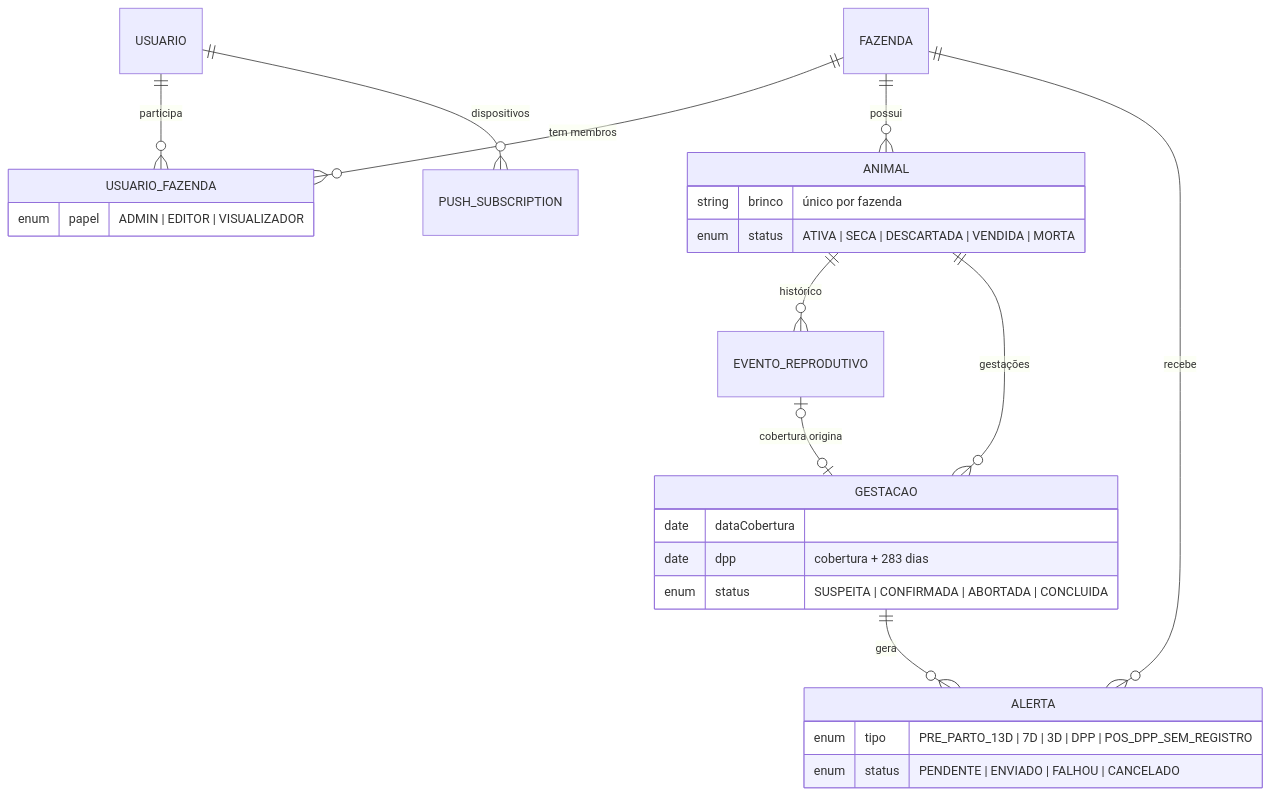
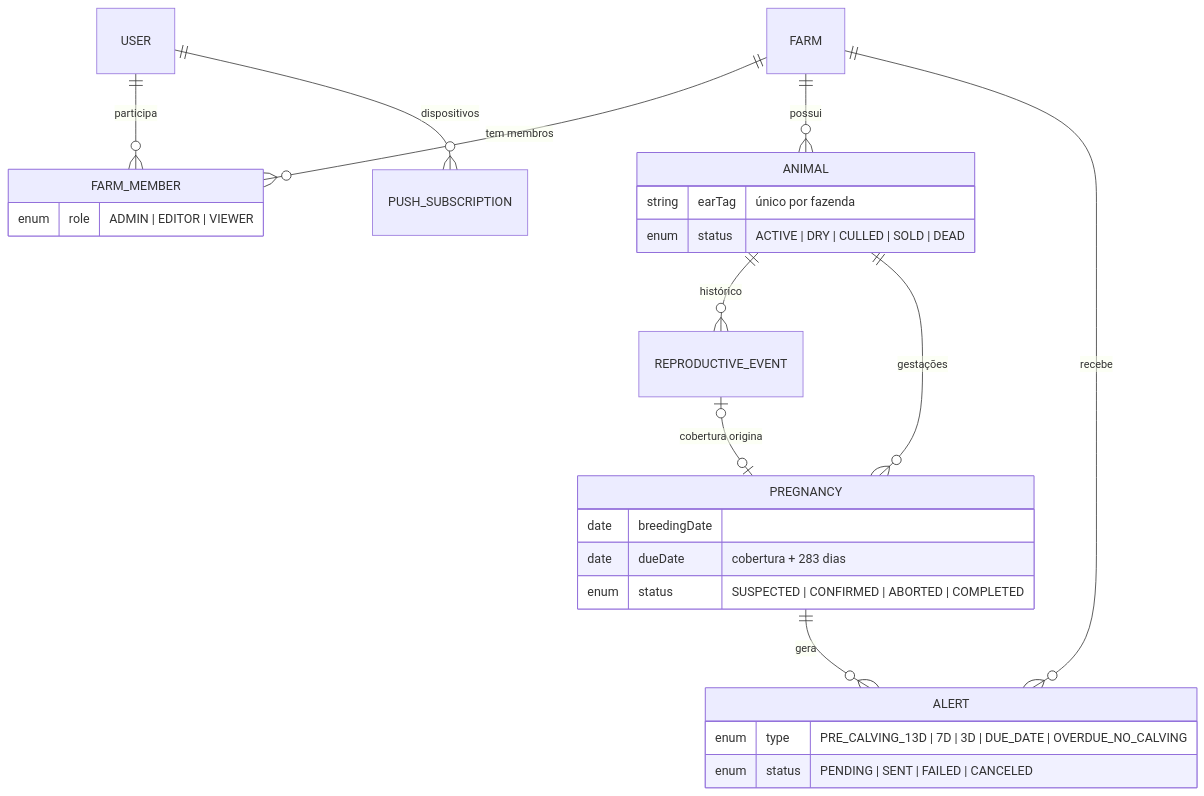
The second of 3 diagrams in README.md (paulohrodrigues/cria-viva), drawn with Mermaid before and after one commit. The commit also changed other lines of this file and 114 other files, not shown here.

First line of the commit message:
refactor!: codebase 100% em inglês — schema, rotas, DTOs, comentários e front

````diff
--- a/README.md
+++ b/README.md
@@ -80,29 +80,29 @@
 ```mermaid
 erDiagram
-    USUARIO ||--o{ USUARIO_FAZENDA : "participa"
-    FAZENDA ||--o{ USUARIO_FAZENDA : "tem membros"
-    FAZENDA ||--o{ ANIMAL : "possui"
-    ANIMAL ||--o{ EVENTO_REPRODUTIVO : "histórico"
-    ANIMAL ||--o{ GESTACAO : "gestações"
-    EVENTO_REPRODUTIVO |o--o| GESTACAO : "cobertura origina"
-    GESTACAO ||--o{ ALERTA : "gera"
-    FAZENDA ||--o{ ALERTA : "recebe"
-    USUARIO ||--o{ PUSH_SUBSCRIPTION : "dispositivos"
+    USER ||--o{ FARM_MEMBER : "participa"
+    FARM ||--o{ FARM_MEMBER : "tem membros"
+    FARM ||--o{ ANIMAL : "possui"
+    ANIMAL ||--o{ REPRODUCTIVE_EVENT : "histórico"
+    ANIMAL ||--o{ PREGNANCY : "gestações"
+    REPRODUCTIVE_EVENT |o--o| PREGNANCY : "cobertura origina"
+    PREGNANCY ||--o{ ALERT : "gera"
+    FARM ||--o{ ALERT : "recebe"
+    USER ||--o{ PUSH_SUBSCRIPTION : "dispositivos"
 
-    USUARIO_FAZENDA {
-        enum papel "ADMIN | EDITOR | VISUALIZADOR"
+    FARM_MEMBER {
+        enum role "ADMIN | EDITOR | VIEWER"
     }
     ANIMAL {
-        string brinco "único por fazenda"
-        enum status "ATIVA | SECA | DESCARTADA | VENDIDA | MORTA"
+        string earTag "único por fazenda"
+        enum status "ACTIVE | DRY | CULLED | SOLD | DEAD"
     }
-    GESTACAO {
-        date dataCobertura
-        date dpp "cobertura + 283 dias"
-        enum status "SUSPEITA | CONFIRMADA | ABORTADA | CONCLUIDA"
+    PREGNANCY {
+        date breedingDate
+        date dueDate "cobertura + 283 dias"
+        enum status "SUSPECTED | CONFIRMED | ABORTED | COMPLETED"
     }
-    ALERTA {
-        enum tipo "PRE_PARTO_13D | 7D | 3D | DPP | POS_DPP_SEM_REGISTRO"
-        enum status "PENDENTE | ENVIADO | FALHOU | CANCELADO"
+    ALERT {
+        enum type "PRE_CALVING_13D | 7D | 3D | DUE_DATE | OVERDUE_NO_CALVING"
+        enum status "PENDING | SENT | FAILED | CANCELED"
     }
 ```
````
